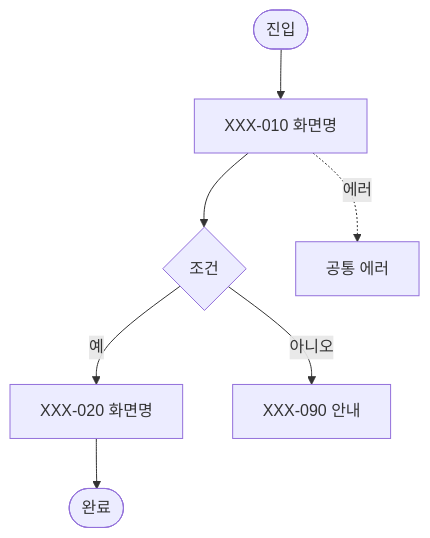
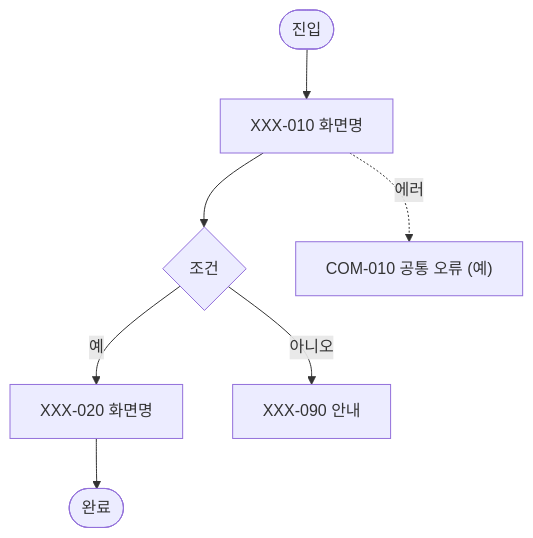
One commit to dndmobilePub/Claude changed the diagram in templates/flow.md. Above: the diagram before and after it, drawn with Mermaid. The commit also changed other lines of this file and 11 other files, not shown here.

First line of the commit message:
feat(flow): 공통 화면과 화면 패턴

````diff
--- a/templates/flow.md
+++ b/templates/flow.md
@@ -42,9 +46,9 @@
 ```mermaid
 flowchart TD
   S(["진입"]) --> A["XXX-010 화면명"]
   A --> C{"조건"}
   C -->|예| B["XXX-020 화면명"]
   C -->|아니오| E["XXX-090 안내"]
   B --> F(["완료"])
-  A -.->|에러| ERR["공통 에러"]
+  A -.->|에러| ERR["COM-010 공통 오류 (예)"]
 ```
````
